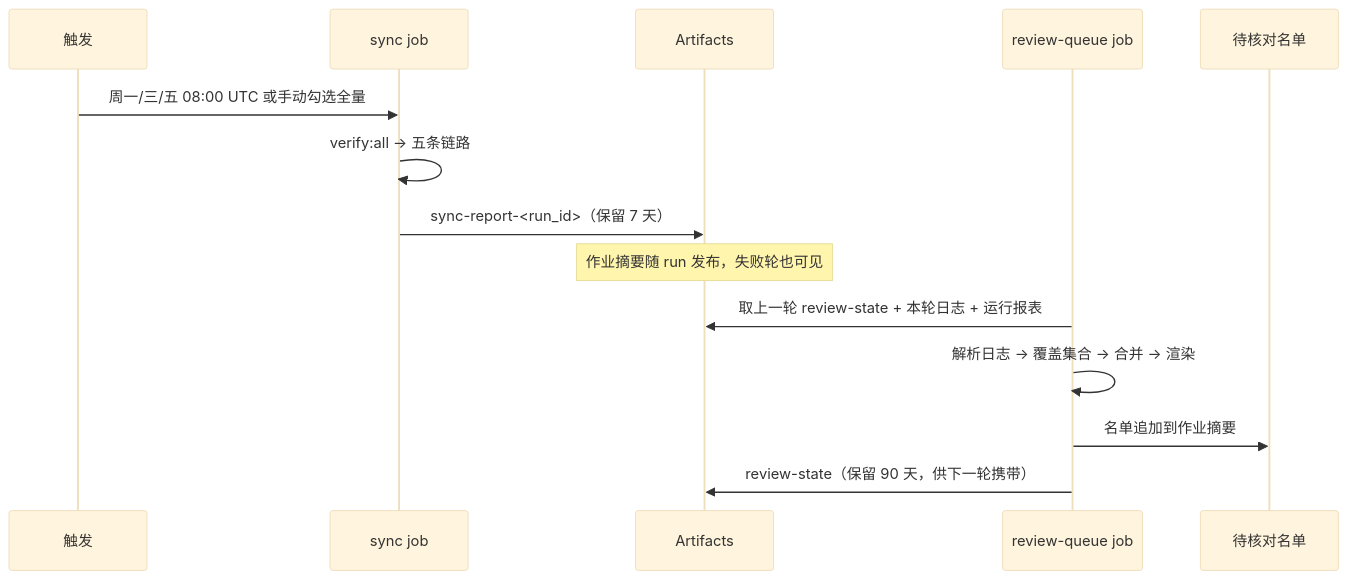
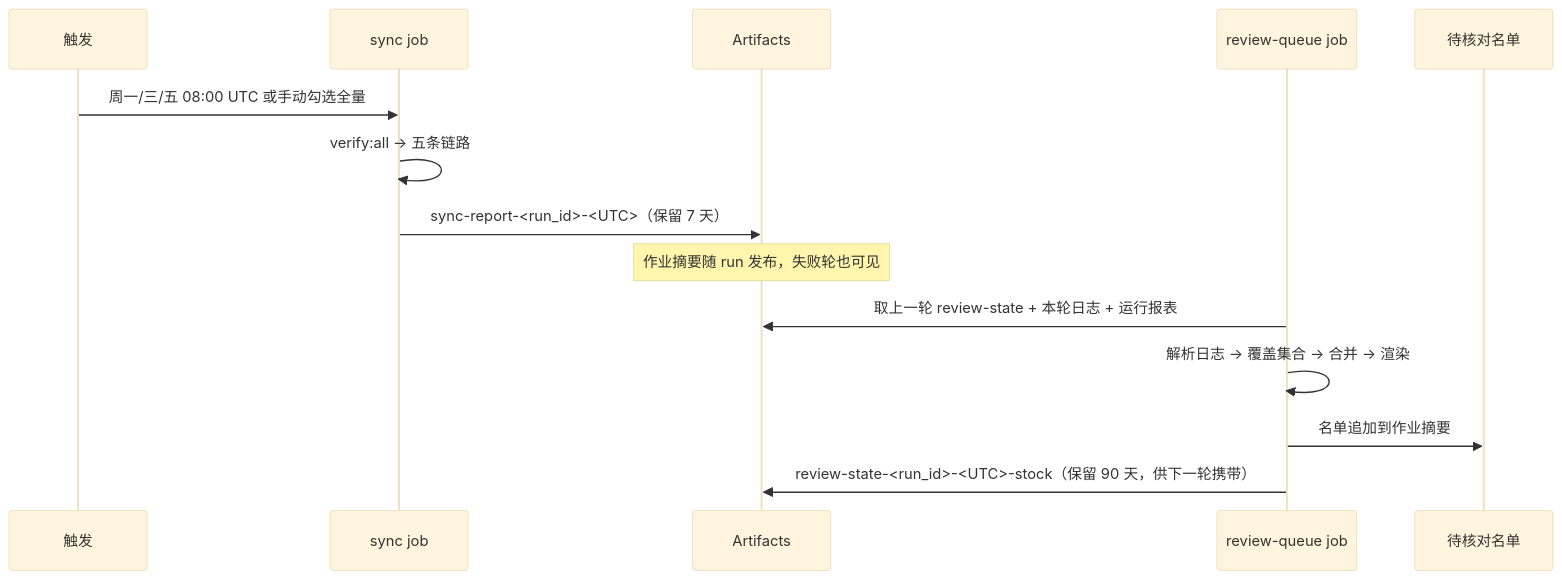
The ninth of 11 diagrams in README.md (sachikoakina/Audiovisual-Transporter), drawn with Mermaid (base theme) before and after one commit. The commit also changed 5 other files, not shown here.

First line of the commit message:
chore(ci): use UTC timestamps in sync and review artifact names

````diff
--- a/README.md
+++ b/README.md
@@ -211,16 +211,16 @@
 ```mermaid
 sequenceDiagram
     participant T as 触发
     participant S as sync job
     participant A as Artifacts
     participant Q as review-queue job
     participant M as 待核对名单
     T->>S: 周一/三/五 08:00 UTC 或手动勾选全量
     S->>S: verify:all → 五条链路
-    S->>A: sync-report-<run_id>（保留 7 天）
+    S->>A: sync-report-<run_id>-<UTC>（保留 7 天）
     Note over A: 作业摘要随 run 发布，失败轮也可见
     Q->>A: 取上一轮 review-state + 本轮日志 + 运行报表
     Q->>Q: 解析日志 → 覆盖集合 → 合并 → 渲染
     Q->>M: 名单追加到作业摘要
-    Q->>A: review-state（保留 90 天，供下一轮携带）
+    Q->>A: review-state-<run_id>-<UTC>-stock（保留 90 天，供下一轮携带）
 ```
````
